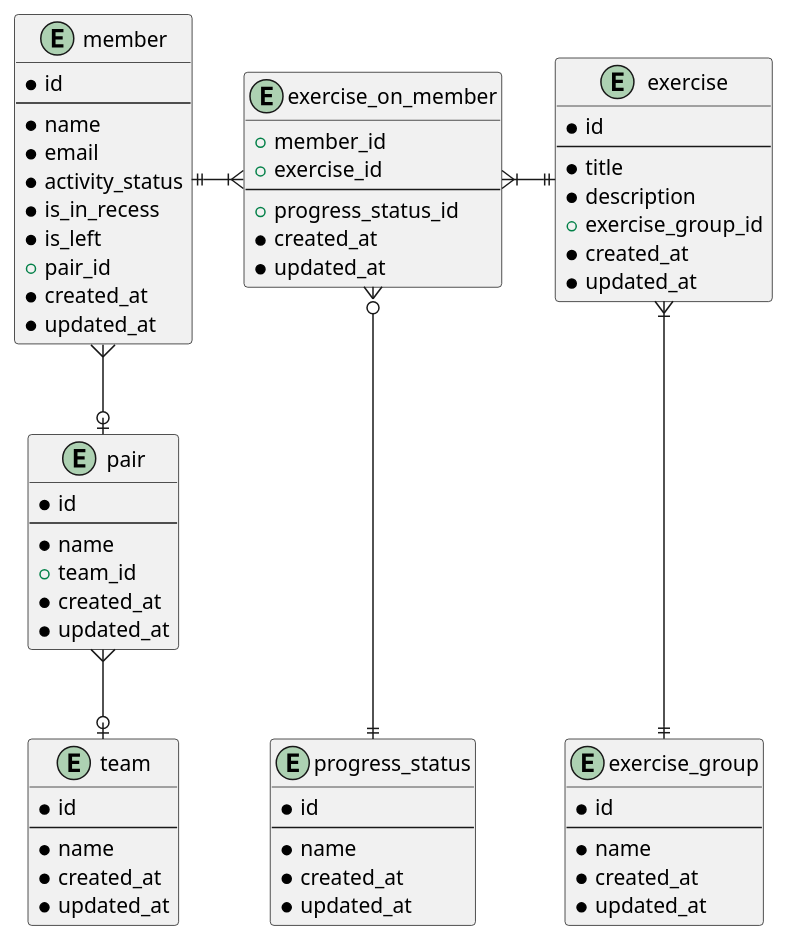
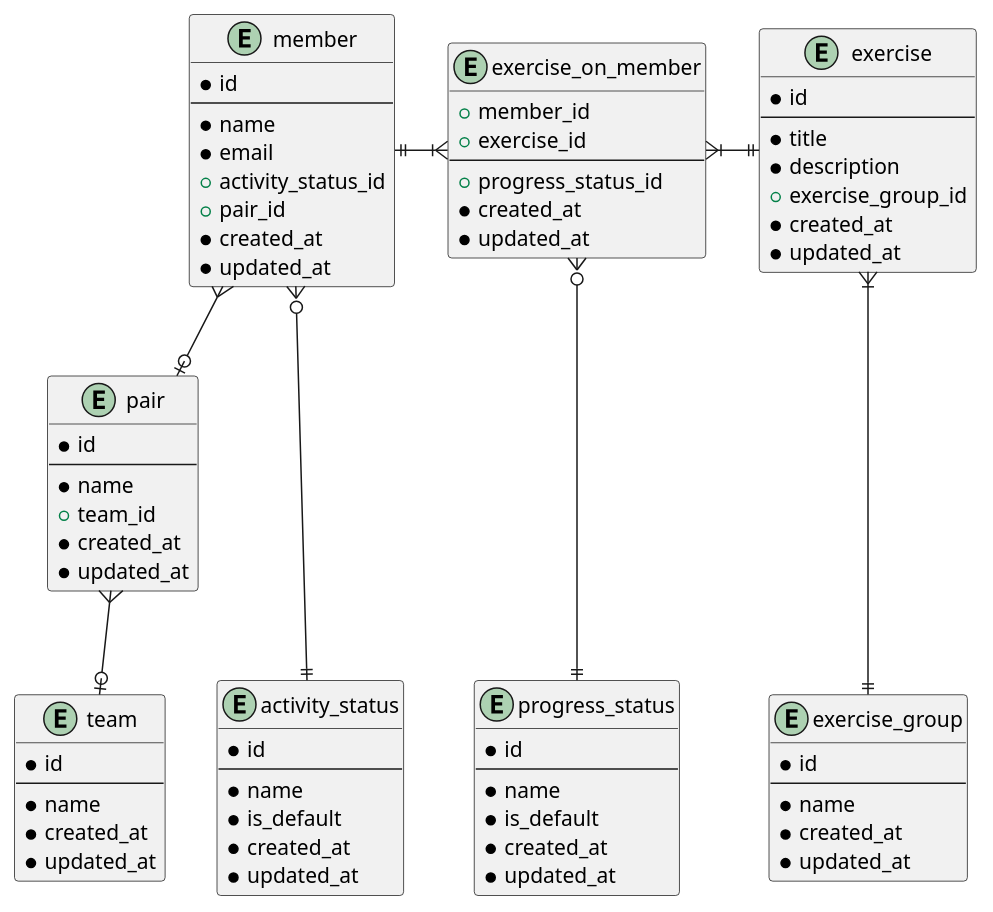
The diagram in 04_設計/04_プラハチャレンジをDDDで実装してみる/01_モデル図/ER図.md (gn-t-k/PrAhaChallengeTasks), drawn with PlantUML before and after one commit.

Commit message:
デフォルトの選択肢かどうかの情報を追加

````diff
--- a/04_設計/04_プラハチャレンジをDDDで実装してみる/01_モデル図/ER図.md
+++ b/04_設計/04_プラハチャレンジをDDDで実装してみる/01_モデル図/ER図.md
@@ -3,70 +3,78 @@
 ```plantuml
 @startuml
 
 Entity member {
   *id
   --
   *name
   *email
-  *activity_status
-  *is_in_recess
-  *is_left
+  +activity_status_id
   +pair_id
   *created_at
   *updated_at
 }
 Entity pair {
   *id
   --
   *name
   +team_id
   *created_at
   *updated_at
 }
 Entity team {
   *id
   --
   *name
+  *created_at
+  *updated_at
+}
+Entity activity_status {
+  *id
+  --
+  *name
+  *is_default
   *created_at
   *updated_at
 }
 Entity exercise {
   *id
   --
   *title
   *description
   +exercise_group_id
   *created_at
   *updated_at
 }
 Entity exercise_group {
   *id
   --
   *name
   *created_at
   *updated_at
 }
 Entity progress_status {
   *id
   --
   *name
+  *is_default
   *created_at
   *updated_at
 }
 Entity exercise_on_member {
   +member_id
   +exercise_id
   --
   +progress_status_id
   *created_at
   *updated_at
 }
 
 member ||-|{ exercise_on_member
 exercise_on_member }|-|| exercise
 member }--o| pair
+member }o---|| activity_status
 exercise }|---|| exercise_group
 pair }--o| team
 exercise_on_member }o---|| progress_status
 @enduml
 ```
````
